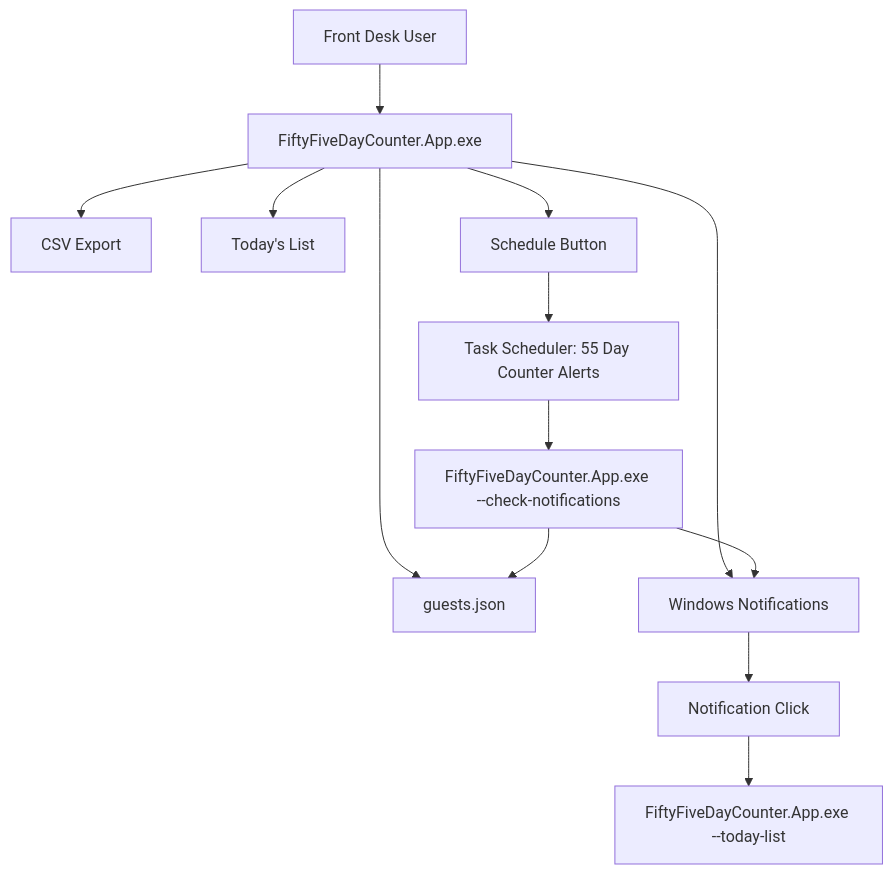
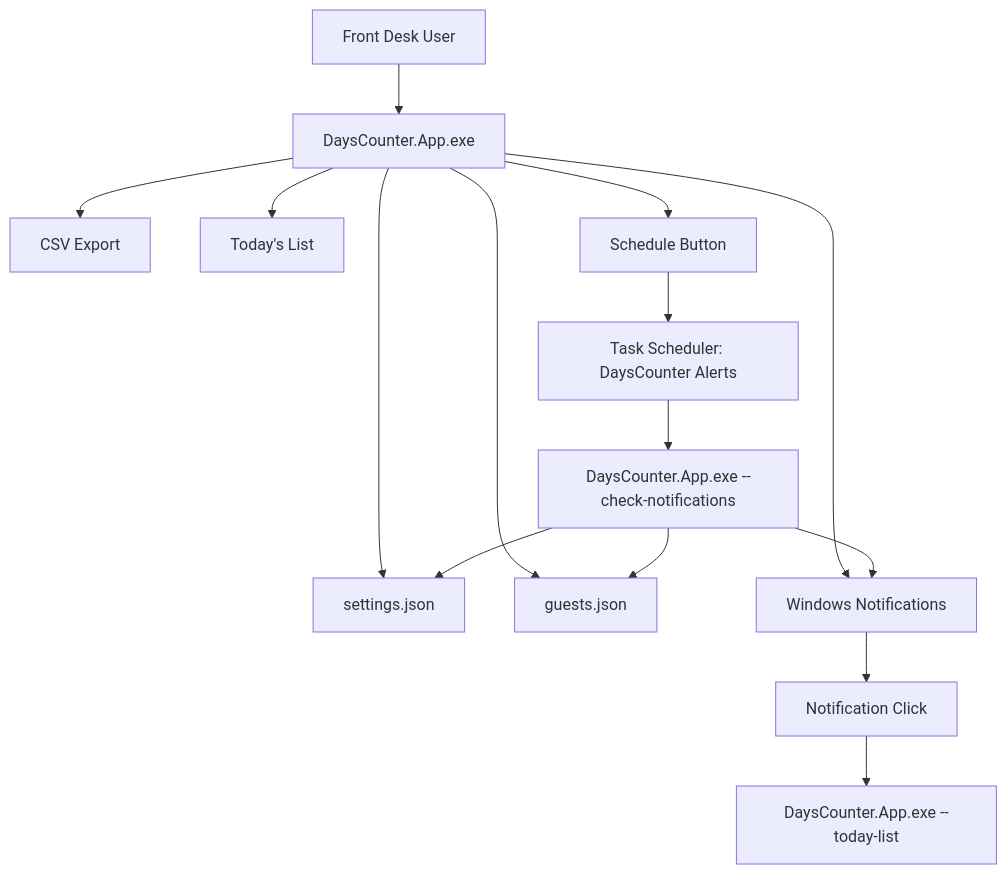
Before and after one commit to HImeshSankhala/55DayCounter: the diagram in docs/SYSTEM_ARCHITECTURE.md, drawn with Mermaid. The commit also changed other lines of this file and 35 other files, not shown here.

````diff
--- a/docs/SYSTEM_ARCHITECTURE.md
+++ b/docs/SYSTEM_ARCHITECTURE.md
@@ -61,15 +63,17 @@
 ```mermaid
 flowchart TD
-    User["Front Desk User"] --> App["FiftyFiveDayCounter.App.exe"]
+    User["Front Desk User"] --> App["DaysCounter.App.exe"]
+    App --> Settings["settings.json"]
     App --> Data["guests.json"]
     App --> CSV["CSV Export"]
     App --> Today["Today's List"]
     App --> Notify["Windows Notifications"]
     App --> Schedule["Schedule Button"]
-    Schedule --> Task["Task Scheduler: 55 Day Counter Alerts"]
-    Task --> Check["FiftyFiveDayCounter.App.exe --check-notifications"]
+    Schedule --> Task["Task Scheduler: DaysCounter Alerts"]
+    Task --> Check["DaysCounter.App.exe --check-notifications"]
+    Check --> Settings
     Check --> Data
     Check --> Notify
     Notify --> Click["Notification Click"]
-    Click --> TodayOpen["FiftyFiveDayCounter.App.exe --today-list"]
+    Click --> TodayOpen["DaysCounter.App.exe --today-list"]
 ```
````
